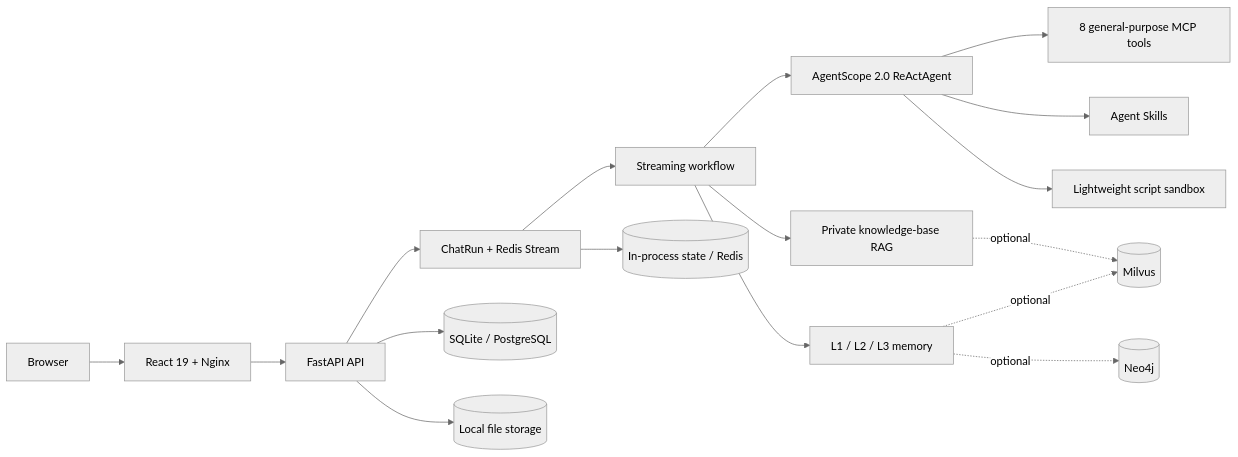
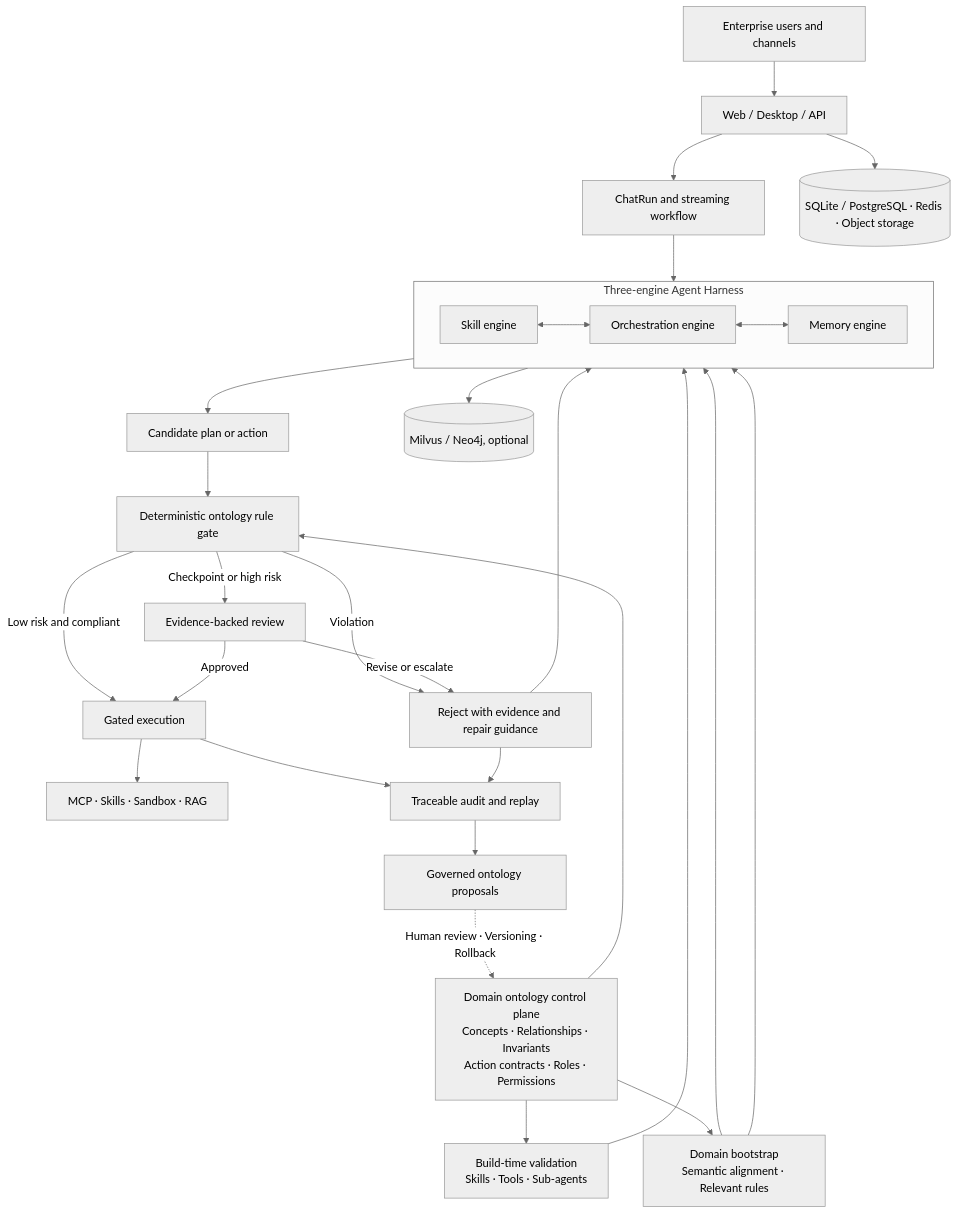
One commit to JueeeX/Upear-Backend changed the diagram in README.md. Above: the diagram before and after it, drawn with Mermaid (neutral theme). The commit also changed other lines of this file and 3 other files, not shown here.

Commit message:
Add ontology-grounded trust architecture

````diff
--- a/README.md
+++ b/README.md
@@ -208,21 +239,39 @@
 ```mermaid
-flowchart LR
-    U[Browser] --> FE[React 19 + Nginx]
-    FE --> API[FastAPI API]
-    API --> RUN[ChatRun + Redis Stream]
-    RUN --> WF[Streaming workflow]
-    WF --> AGENT[AgentScope 2.0 ReActAgent]
+flowchart TB
+    U[Enterprise users and channels] --> API[Web / Desktop / API]
+    API --> RUN[ChatRun and streaming workflow]
 
-    AGENT --> MCP[8 general-purpose MCP tools]
-    AGENT --> SKILL[Agent Skills]
-    AGENT --> BOX[Lightweight script sandbox]
-    WF --> RAG[Private knowledge-base RAG]
-    WF --> MEM[L1 / L2 / L3 memory]
+    ONTO[Domain ontology control plane<br/>Concepts · Relationships · Invariants<br/>Action contracts · Roles · Permissions]
+    ONTO --> BUILD[Build-time validation<br/>Skills · Tools · Sub-agents]
+    ONTO --> BOOT[Domain bootstrap<br/>Semantic alignment · Relevant rules]
 
-    API --> PG[(SQLite / PostgreSQL)]
-    RUN --> REDIS[(In-process state / Redis)]
-    API --> STORE[(Local file storage)]
-    RAG -. optional .-> MILVUS[(Milvus)]
-    MEM -. optional .-> MILVUS
-    MEM -. optional .-> NEO4J[(Neo4j)]
+    subgraph HARNESS[Three-engine Agent Harness]
+        direction LR
+        SKILL[Skill engine] <--> ORCH[Orchestration engine]
+        ORCH <--> MEMORY[Memory engine]
+    end
+
+    RUN --> ORCH
+    BUILD --> SKILL
+    BOOT --> ORCH
+    BOOT --> MEMORY
+    ORCH --> PLAN[Candidate plan or action]
+
+    PLAN --> RULE[Deterministic ontology rule gate]
+    ONTO --> RULE
+    RULE -->|Low risk and compliant| EXEC[Gated execution]
+    RULE -->|Checkpoint or high risk| REVIEW[Evidence-backed review]
+    REVIEW -->|Approved| EXEC
+    RULE -->|Violation| REVISE[Reject with evidence and repair guidance]
+    REVIEW -->|Revise or escalate| REVISE
+    REVISE --> ORCH
+
+    EXEC --> CAP[MCP · Skills · Sandbox · RAG]
+    EXEC --> AUDIT[Traceable audit and replay]
+    REVISE --> AUDIT
+    AUDIT --> EVOLVE[Governed ontology proposals]
+    EVOLVE -. Human review · Versioning · Rollback .-> ONTO
+
+    API --> DATA[(SQLite / PostgreSQL · Redis · Object storage)]
+    MEMORY --> VECTOR[(Milvus / Neo4j, optional)]
 ```
````
